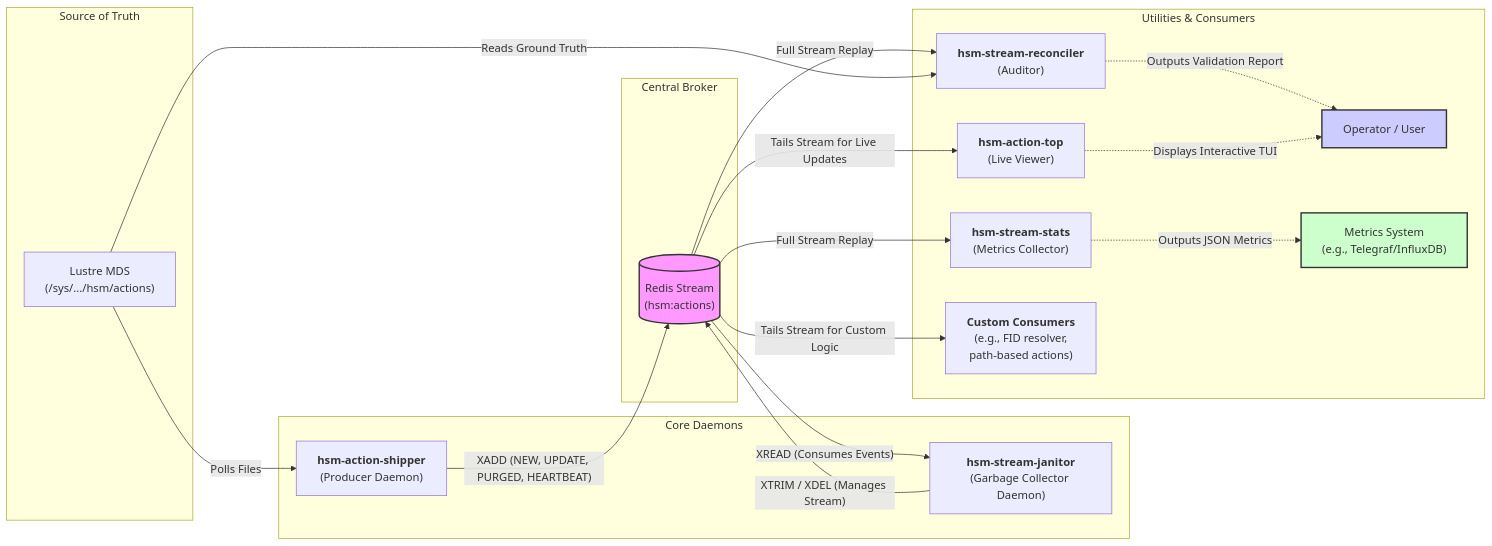
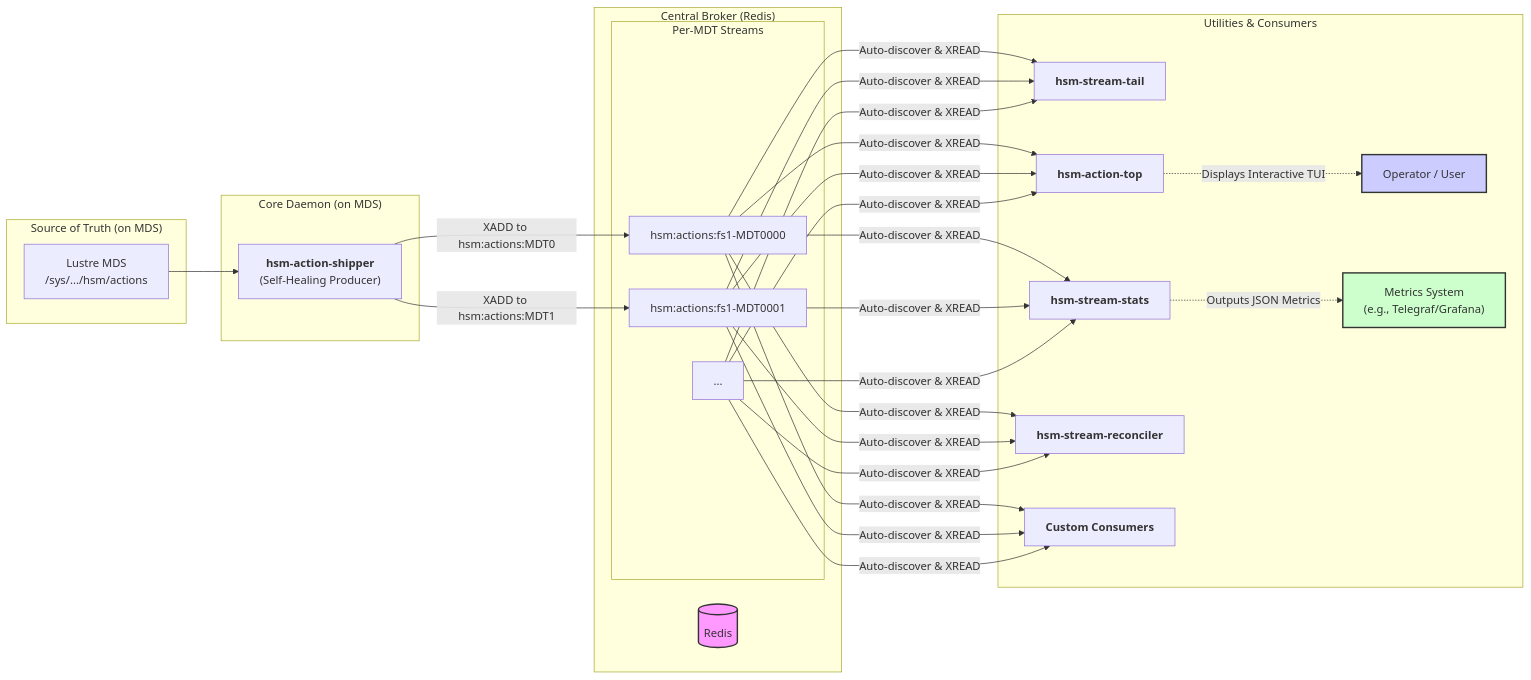
Before and after one commit to stanford-rc/lustre-hsm-action-stream: the first of 2 diagrams in README.md, drawn with Mermaid. The commit also changed other lines of this file and 21 other files, not shown here.

First line of the commit message:
Release 0.2.0 (per-MDT streams)

````diff
--- a/README.md
+++ b/README.md
@@ -15,47 +89,45 @@
 ```mermaid
 graph LR
-    subgraph "Source of Truth"
-        LustreMDS["Lustre MDS<br/>(/sys/.../hsm/actions)"]
+    subgraph "Source of Truth (on MDS)"
+        LustreMDS["Lustre MDS<br/>/sys/.../hsm/actions"]
     end
 
-    subgraph "Core Daemons"
-        Shipper["<b>hsm-action-shipper</b><br/>(Producer Daemon)"]
-        Janitor["<b>hsm-stream-janitor</b><br/>(Garbage Collector Daemon)"]
+    subgraph "Core Daemon (on MDS)"
+        Shipper["<b>hsm-action-shipper</b><br/>(Self-Healing Producer)"]
     end
 
-    subgraph "Central Broker"
+    subgraph "Central Broker (Redis)"
         style Redis fill:#f9f,stroke:#333,stroke-width:2px
-        Redis[("Redis Stream<br/>(hsm:actions)")]
+        subgraph "Per-MDT Streams"
+            Stream1["hsm:actions:fs1-MDT0000"]
+            Stream2["hsm:actions:fs1-MDT0001"]
+            StreamN["..."]
+        end
+        Redis[("Redis")]
     end
 
     subgraph "Utilities & Consumers"
         style User fill:#ccf,stroke:#333,stroke-width:2px
         style Metrics fill:#cfc,stroke:#333,stroke-width:2px
-        Reconciler["<b>hsm-stream-reconciler</b><br/>(Auditor)"]
-        Viewer["<b>hsm-action-top</b><br/>(Live Viewer)"]
-        Stats["<b>hsm-stream-stats</b><br/>(Metrics Collector)"]
-        CustomConsumers["<b>Custom Consumers</b><br/>(e.g., FID resolver,<br/>path-based actions)"]
+        Tail["<b>hsm-stream-tail</b>"]
+        Top["<b>hsm-action-top</b>"]
+        Stats["<b>hsm-stream-stats</b>"]
+        Reconciler["<b>hsm-stream-reconciler</b>"]
+        CustomConsumers["<b>Custom Consumers</b>"]
         User["Operator / User"]
-        Metrics["Metrics System<br/>(e.g., Telegraf/InfluxDB)"]
+        Metrics["Metrics System<br/>(e.g., Telegraf/Grafana)"]
     end
 
-    %% Data Flows
-    LustreMDS      -- "Polls Files"                --> Shipper
-    Shipper        -- "XADD (NEW, UPDATE, PURGED, HEARTBEAT)" --> Redis
-    
-    Redis          -- "XREAD (Consumes Events)"    --> Janitor
-    Janitor        -- "XTRIM / XDEL (Manages Stream)" --> Redis
+    LustreMDS --> Shipper
+    Shipper -- "XADD to hsm:actions:MDT0" --> Stream1
+    Shipper -- "XADD to hsm:actions:MDT1" --> Stream2
 
-    Redis          -- "Full Stream Replay"         --> Reconciler
-    LustreMDS      -- "Reads Ground Truth"         --> Reconciler
+    Stream1 & Stream2 & StreamN -- "Auto-discover & XREAD" --> Tail
+    Stream1 & Stream2 & StreamN -- "Auto-discover & XREAD" --> Top
+    Stream1 & Stream2 & StreamN -- "Auto-discover & XREAD" --> Stats
+    Stream1 & Stream2 & StreamN -- "Auto-discover & XREAD" --> Reconciler
+    Stream1 & Stream2 & StreamN -- "Auto-discover & XREAD" --> CustomConsumers
 
-    Redis          -- "Tails Stream for Live Updates" --> Viewer
-    Redis          -- "Full Stream Replay"         --> Stats
-    Redis          -- "Tails Stream for Custom Logic" --> CustomConsumers
-
-
-    %% Utility Outputs
-    Reconciler     -. "Outputs Validation Report"  .-> User
-    Viewer         -. "Displays Interactive TUI"   .-> User
-    Stats          -. "Outputs JSON Metrics"       .-> Metrics
+    Top -. "Displays Interactive TUI" .-> User
+    Stats -. "Outputs JSON Metrics" .-> Metrics
 ```
````
